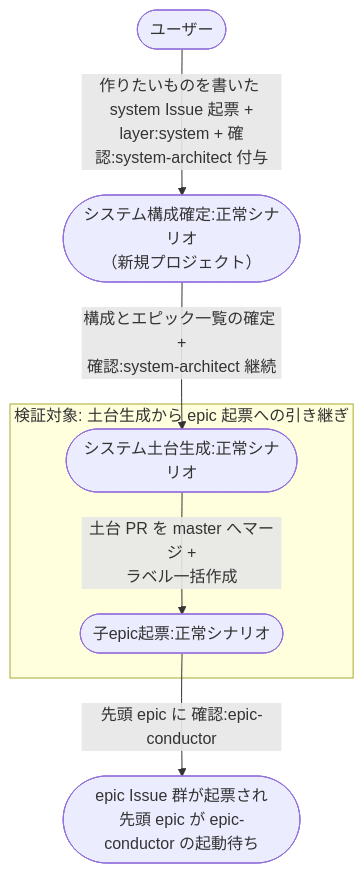
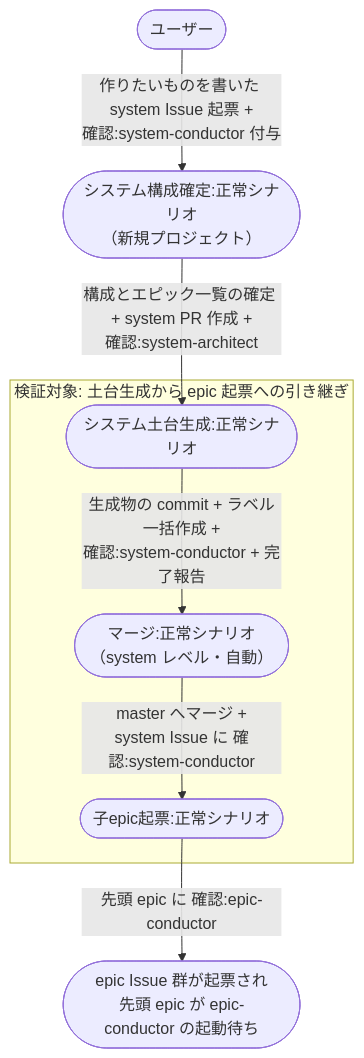
The diagram in docs/wiki/設計図/シナリオ/複合ユースケース/新規プロジェクトの立ち上げ.md (shuhei1101/ai-monitor), drawn with Mermaid before and after one commit. The commit also changed other lines of this file and 304 other files, not shown here.

````diff
--- a/docs/wiki/設計図/シナリオ/複合ユースケース/新規プロジェクトの立ち上げ.md
+++ b/docs/wiki/設計図/シナリオ/複合ユースケース/新規プロジェクトの立ち上げ.md
@@ -33,17 +33,20 @@
 ```mermaid
 flowchart TD
-  U0([ユーザー]) -->|作りたいものを書いた system Issue 起票 +<br>layer:system + 確認:system-architect 付与| UC1([システム構成確定:正常シナリオ<br>（新規プロジェクト）])
+  U0([ユーザー]) -->|作りたいものを書いた system Issue 起票 +<br>確認:system-conductor 付与| UC1([システム構成確定:正常シナリオ<br>（新規プロジェクト）])
 
   subgraph FOCUS["検証対象: 土台生成から epic 起票への引き継ぎ"]
     UC2([システム土台生成:正常シナリオ])
-    UC3([子epic起票:正常シナリオ])
-    UC2 -->|土台 PR を master へマージ +<br>ラベル一括作成| UC3
+    UC3([マージ:正常シナリオ<br>（system レベル・自動）])
+    UC4([子epic起票:正常シナリオ])
+    UC2 -->|生成物の commit + ラベル一括作成 +<br>確認:system-conductor + 完了報告| UC3
+    UC3 -->|master へマージ +<br>system Issue に 確認:system-conductor| UC4
   end
 
-  UC1 -->|構成とエピック一覧の確定 +<br>確認:system-architect 継続| UC2
-  UC3 -->|先頭 epic に 確認:epic-conductor| DONE([epic Issue 群が起票され<br>先頭 epic が epic-conductor の起動待ち])
+  UC1 -->|構成とエピック一覧の確定 + system PR 作成 +<br>確認:system-architect| UC2
+  UC4 -->|先頭 epic に 確認:epic-conductor| DONE([epic Issue 群が起票され<br>先頭 epic が epic-conductor の起動待ち])
 
   click UC1 "../単一ユースケース/システム構成確定.md#正常シナリオ新規プロジェクト"
   click UC2 "../単一ユースケース/システム土台生成.md#正常シナリオ"
-  click UC3 "../単一ユースケース/子epic起票.md#正常シナリオ"
+  click UC3 "../単一ユースケース/マージ.md#正常シナリオsystem-レベル自動"
+  click UC4 "../単一ユースケース/子epic起票.md#正常シナリオ"
 ```
````
